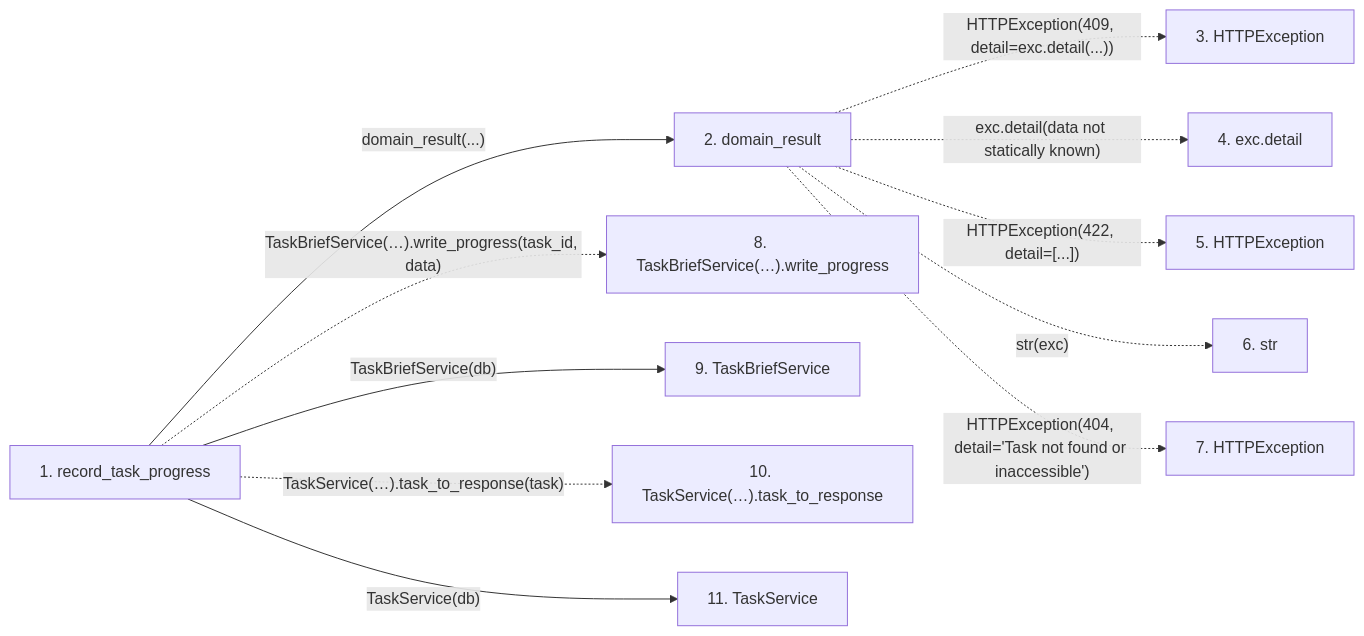
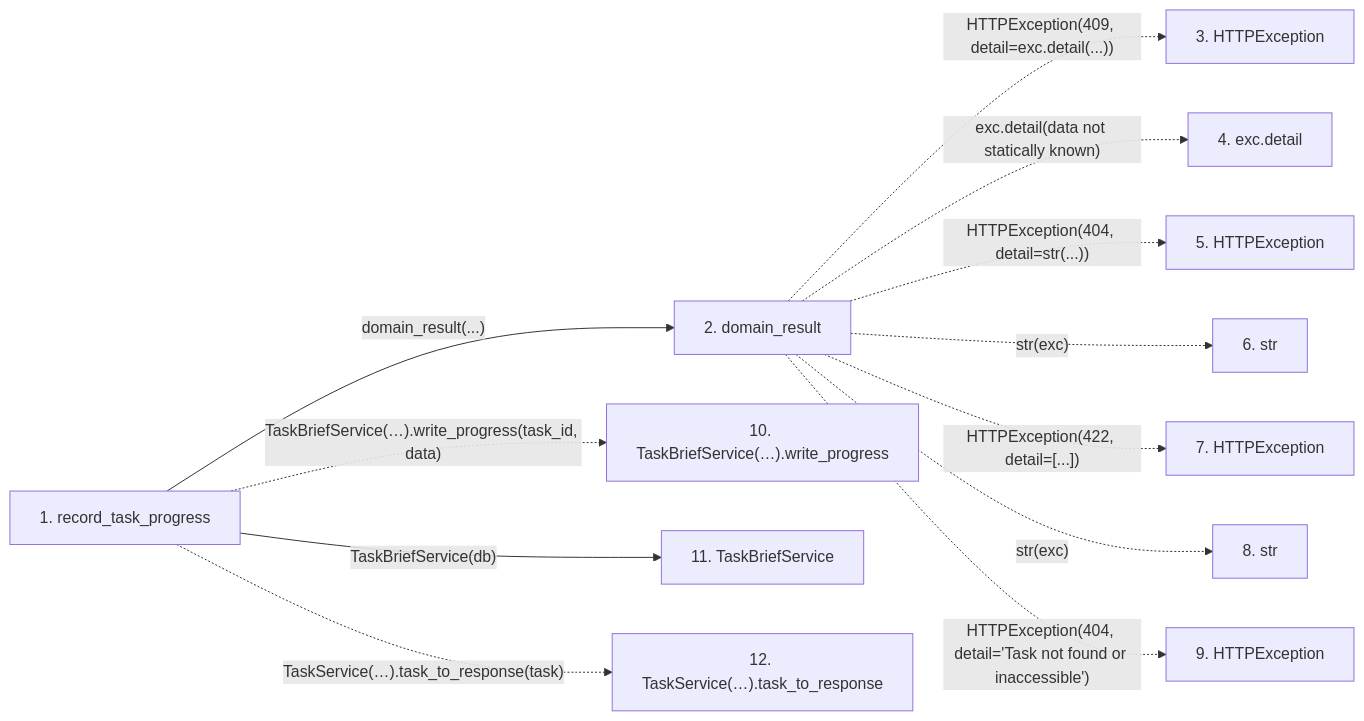
One commit to Denissvgn/WorkChord changed the second of 2 diagrams in docs/llm_wiki/flows/http-record_task_progress.md. Above: the diagram before and after it, drawn with Mermaid. The commit also changed other lines of this file and 6624 other files, not shown here.

````diff
--- a/docs/llm_wiki/flows/http-record_task_progress.md
+++ b/docs/llm_wiki/flows/http-record_task_progress.md
@@ -36,28 +38,29 @@
 ```mermaid
 flowchart LR
     s1["1. record_task_progress"]
     s2["2. domain_result"]
     s3["3. HTTPException"]
     s4["4. exc.detail"]
     s5["5. HTTPException"]
     s6["6. str"]
     s7["7. HTTPException"]
-    s8["8. TaskBriefService(…).write_progress"]
-    s9["9. TaskBriefService"]
-    s10["10. TaskService(…).task_to_response"]
-    s11["11. TaskService"]
+    s8["8. str"]
+    s9["9. HTTPException"]
+    s10["10. TaskBriefService(…).write_progress"]
+    s11["11. TaskBriefService"]
+    s12["12. TaskService(…).task_to_response"]
     s1 -->|"domain_result(...)"| s2
     s2 -. "HTTPException(409, detail=exc.detail(...))" .-> s3
     s2 -. "exc.detail(data not statically known)" .-> s4
-    s2 -. "HTTPException(422, detail=[...])" .-> s5
+    s2 -. "HTTPException(404, detail=str(...))" .-> s5
     s2 -. "str(exc)" .-> s6
-    s2 -. "HTTPException(404, detail='Task not found or inaccessible')" .-> s7
-    s1 -. "TaskBriefService(…).write_progress(task_id, data)" .-> s8
-    s1 -->|"TaskBriefService(db)"| s9
-    s1 -. "TaskService(…).task_to_response(task)" .-> s10
-    s1 -->|"TaskService(db)"| s11
+    s2 -. "HTTPException(422, detail=[...])" .-> s7
+    s2 -. "str(exc)" .-> s8
+    s2 -. "HTTPException(404, detail='Task not found or inaccessible')" .-> s9
+    s1 -. "TaskBriefService(…).write_progress(task_id, data)" .-> s10
+    s1 -->|"TaskBriefService(db)"| s11
+    s1 -. "TaskService(…).task_to_response(task)" .-> s12
     click s1 "../modules/routers_task_domain.md"
     click s2 "../modules/routers_task_domain.md"
-    click s9 "../modules/task_brief_service.md"
-    click s11 "../modules/task_service.md"
+    click s11 "../modules/task_brief_service.md"
 ```
````
